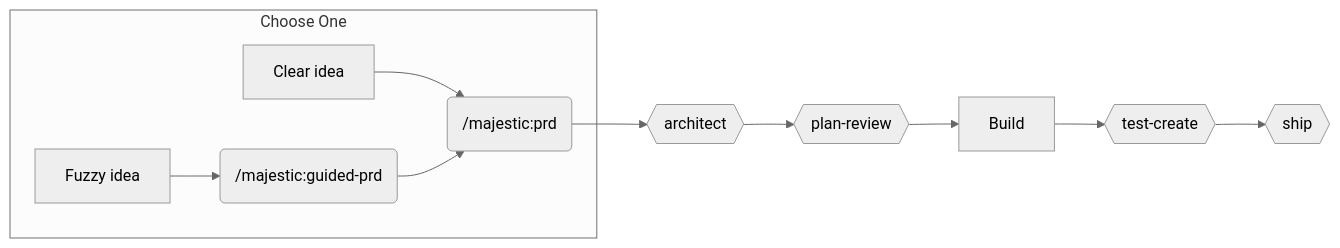
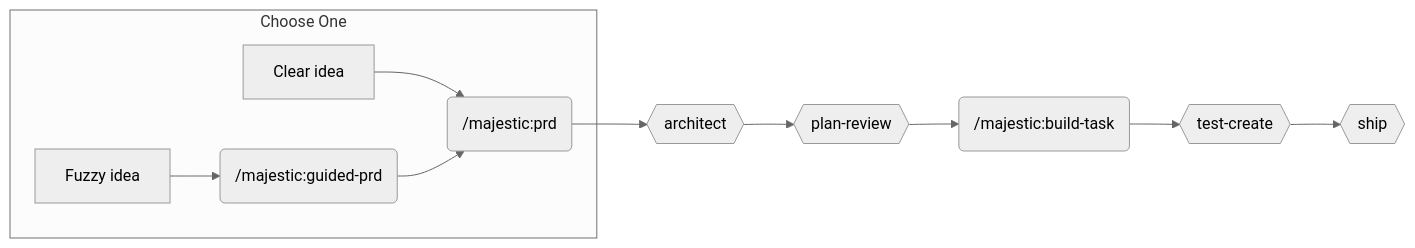
The first of 2 diagrams in plugins/majestic-engineer/README.md (majesticlabs-dev/majestic-marketplace), drawn with Mermaid (neutral theme) before and after one commit. The commit also changed other lines of this file, not shown here.

Commit message:
docs: replace framework-specific build with /majestic:build-task

````diff
--- a/plugins/majestic-engineer/README.md
+++ b/plugins/majestic-engineer/README.md
@@ -15,12 +15,12 @@
 ```mermaid
 graph LR
     subgraph "Choose One"
         A1[Clear idea] --> P(/majestic:prd)
         A2[Fuzzy idea] --> G(/majestic:guided-prd) --> P
     end
     P --> B{{architect}}
     B --> C{{plan-review}}
-    C --> D[Build]
+    C --> D(/majestic:build-task)
     D --> E{{test-create}}
     E --> F{{ship}}
 ```
````
